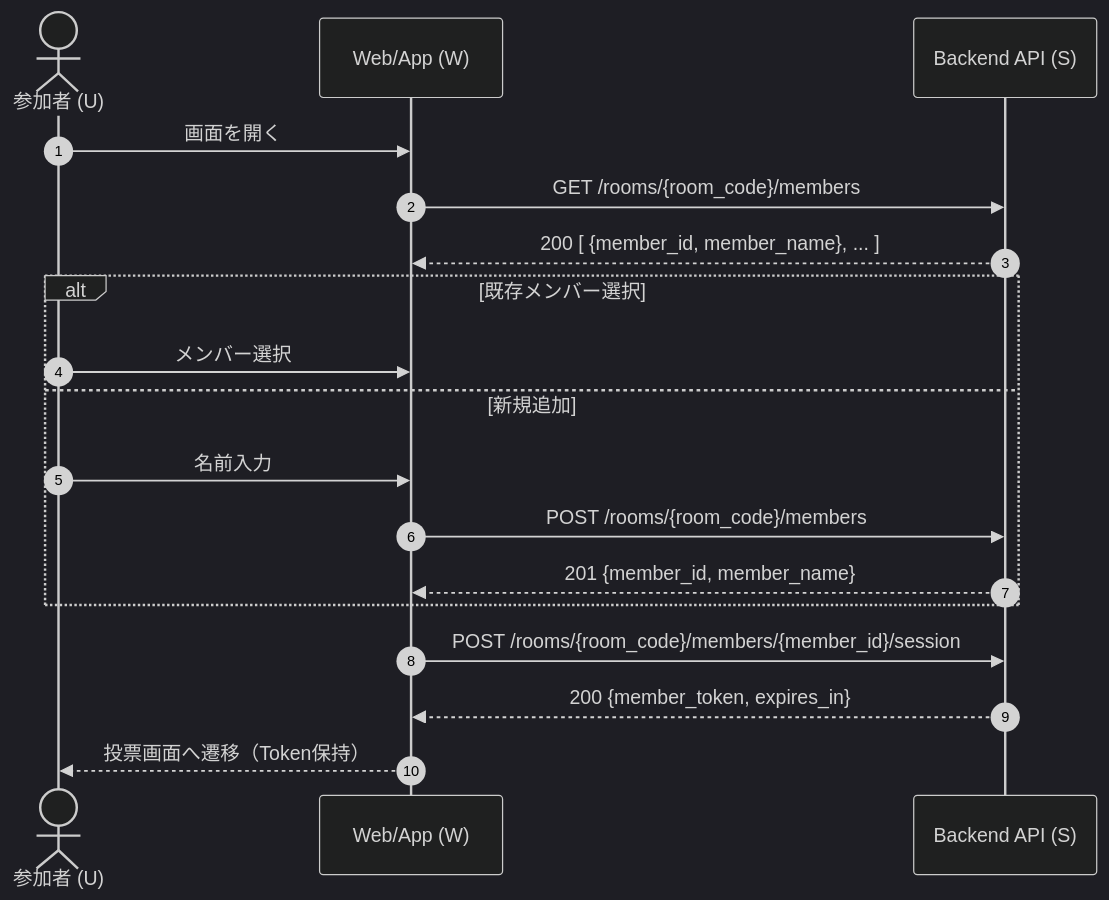
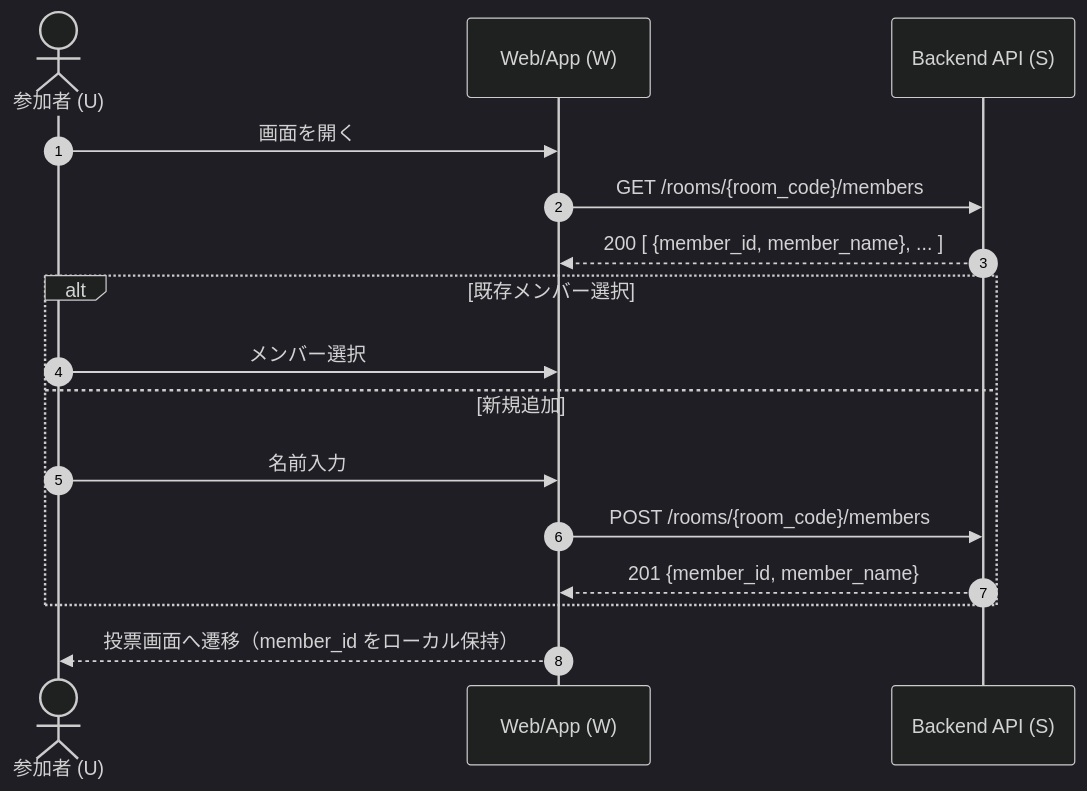
The fourth of 9 diagrams in docs/sequence.md (jphacks/os_2504), drawn with Mermaid (dark theme) before and after one commit. The commit also changed other lines of this file and 10 other files, not shown here.

````diff
--- a/docs/sequence.md
+++ b/docs/sequence.md
@@ -86,22 +86,20 @@
 ```mermaid
 sequenceDiagram
     autonumber
     actor U as 参加者 (U)
     participant W as Web/App (W)
     participant S as Backend API (S)
 
     U->>W: 画面を開く
     W->>S: GET /rooms/{room_code}/members
     S-->>W: 200 [ {member_id, member_name}, ... ]
     alt 既存メンバー選択
         U->>W: メンバー選択
     else 新規追加
         U->>W: 名前入力
         W->>S: POST /rooms/{room_code}/members
         S-->>W: 201 {member_id, member_name}
     end
-    W->>S: POST /rooms/{room_code}/members/{member_id}/session
-    S-->>W: 200 {member_token, expires_in}
-    W-->>U: 投票画面へ遷移（Token保持）
+    W-->>U: 投票画面へ遷移（member_id をローカル保持）
 
 ```
````
